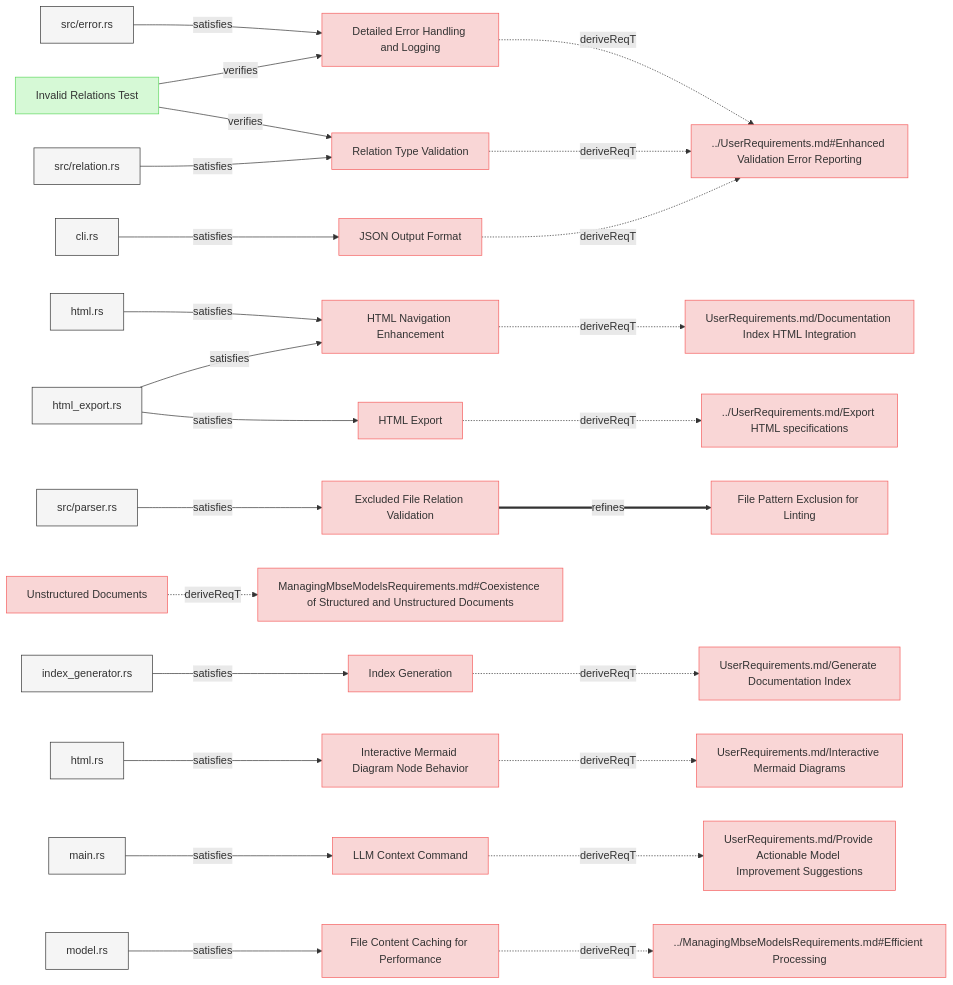
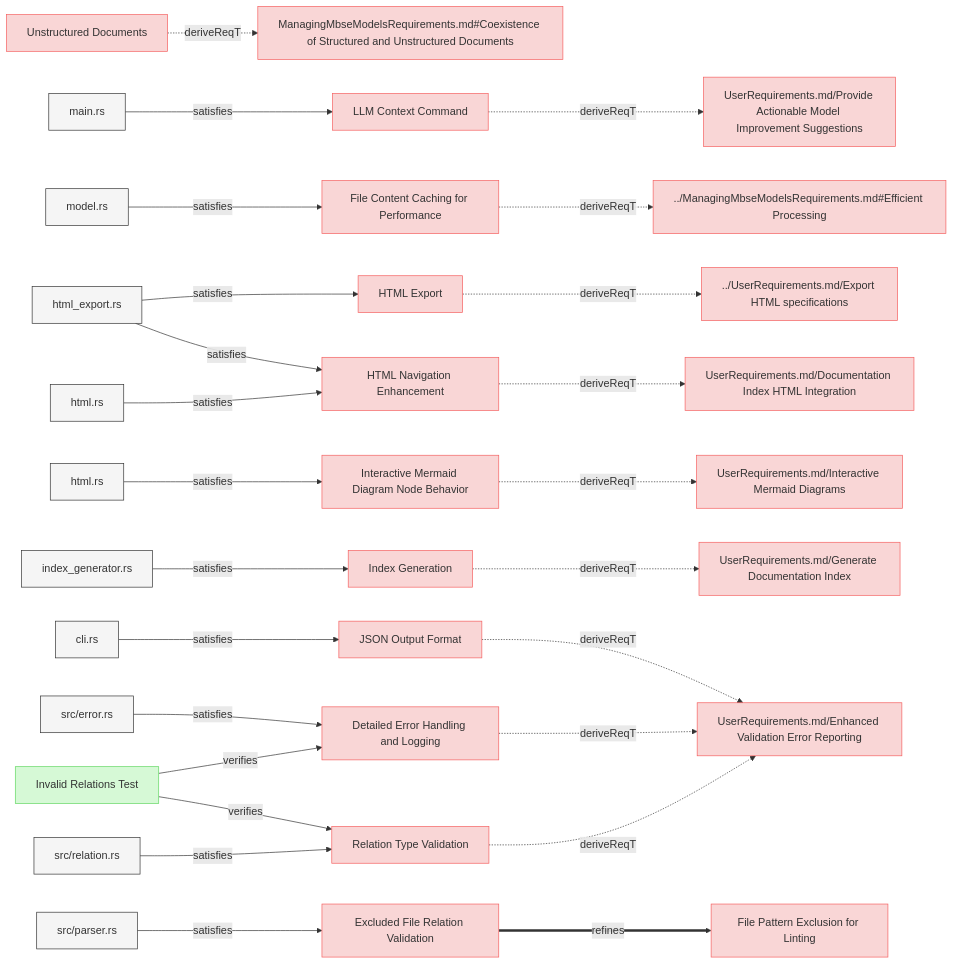
One commit to reqvire-org/reqvire changed the third of 8 diagrams in specifications/SystemRequirements/Requirements.md. Above: the diagram before and after it, drawn with Mermaid. The commit also changed 8 other files, not shown here.

Commit message:
DIagrams Update.

````diff
--- a/specifications/SystemRequirements/Requirements.md
+++ b/specifications/SystemRequirements/Requirements.md
@@ -250,75 +250,6 @@
   classDef externalLink fill:#d0e0ff,stroke:#3080ff,stroke-width:1px;
   classDef default fill:#f5f5f5,stroke:#333333,stroke-width:1px;
 
-  bdfd9d65e4["Detailed Error Handling and Logging"];
-  click bdfd9d65e4 "Requirements.md#detailed-error-handling-and-logging";
-  class bdfd9d65e4 requirement;
-  7cf5cf9900["../UserRequirements.md#Enhanced Validation Error Reporting"];
-  class 7cf5cf9900 requirement;
-  click 7cf5cf9900 "../UserRequirements.md#enhanced-validation-error-reporting";
-  bdfd9d65e4 -.->|deriveReqT| 7cf5cf9900;
-  8cd8a561b4["src/error.rs"];
-  class 8cd8a561b4 default;
-  click 8cd8a561b4 "../../core/src/error.rs";
-  8cd8a561b4 -->|satisfies| bdfd9d65e4;
-  fbf9362574["Invalid Relations Test"];
-  class fbf9362574 verification;
-  click fbf9362574 "../Verifications/ValidationTests.md#invalid-relations-test";
-  fbf9362574 -->|verifies| bdfd9d65e4;
-  86e0701b6c["HTML Navigation Enhancement"];
-  click 86e0701b6c "Requirements.md#html-navigation-enhancement";
-  class 86e0701b6c requirement;
-  e1c89b5d94["UserRequirements.md/Documentation Index HTML Integration"];
-  class e1c89b5d94 requirement;
-  click e1c89b5d94 "../UserRequirements.md#documentation-index-html-integration";
-  86e0701b6c -.->|deriveReqT| e1c89b5d94;
-  c788e5b84f["html.rs"];
-  class c788e5b84f default;
-  click c788e5b84f "../../core/src/html.rs";
-  c788e5b84f -->|satisfies| 86e0701b6c;
-  8cb11d152f["html_export.rs"];
-  class 8cb11d152f default;
-  click 8cb11d152f "../../core/src/html_export.rs";
-  8cb11d152f -->|satisfies| 86e0701b6c;
-  5870488e00["Relation Type Validation"];
-  click 5870488e00 "Requirements.md#relation-type-validation";
-  class 5870488e00 requirement;
-  5870488e00 -.->|deriveReqT| 7cf5cf9900;
-  ed4f94bde9["src/relation.rs"];
-  class ed4f94bde9 default;
-  click ed4f94bde9 "../../core/src/relation.rs";
-  ed4f94bde9 -->|satisfies| 5870488e00;
-  fbf9362574 -->|verifies| 5870488e00;
-  c5c85bedd1["Excluded File Relation Validation"];
-  click c5c85bedd1 "Requirements.md#excluded-file-relation-validation";
-  class c5c85bedd1 requirement;
-  45770e9b31["File Pattern Exclusion for Linting"];
-  class 45770e9b31 requirement;
-  click 45770e9b31 "Requirements.md#file-pattern-exclusion-for-linting";
-  c5c85bedd1 ==>|refines| 45770e9b31;
-  3b1e87396c["src/parser.rs"];
-  class 3b1e87396c default;
-  click 3b1e87396c "../../core/src/parser.rs";
-  3b1e87396c -->|satisfies| c5c85bedd1;
-  5ec6a2668b["JSON Output Format"];
-  click 5ec6a2668b "Requirements.md#json-output-format";
-  class 5ec6a2668b requirement;
-  5ec6a2668b -.->|deriveReqT| 7cf5cf9900;
-  11ffc4632a["cli.rs"];
-  class 11ffc4632a default;
-  click 11ffc4632a "../../cli/src/cli.rs";
-  11ffc4632a -->|satisfies| 5ec6a2668b;
-  8acd24c7c2["Index Generation"];
-  click 8acd24c7c2 "Requirements.md#index-generation";
-  class 8acd24c7c2 requirement;
-  f5b5eaeb28["UserRequirements.md/Generate Documentation Index"];
-  class f5b5eaeb28 requirement;
-  click f5b5eaeb28 "../UserRequirements.md#generate-documentation-index";
-  8acd24c7c2 -.->|deriveReqT| f5b5eaeb28;
-  3ef6afafe2["index_generator.rs"];
-  class 3ef6afafe2 default;
-  click 3ef6afafe2 "../../core/src/index_generator.rs";
-  3ef6afafe2 -->|satisfies| 8acd24c7c2;
   5a1719a264["Unstructured Documents"];
   click 5a1719a264 "Requirements.md#unstructured-documents";
   class 5a1719a264 requirement;
@@ -326,25 +257,6 @@
   class daadd8e583 requirement;
   click daadd8e583 "../ManagingMbseModelsRequirements.md#coexistence-of-structured-and-unstructured-documents";
   5a1719a264 -.->|deriveReqT| daadd8e583;
-  c8b6ccc187["HTML Export"];
-  click c8b6ccc187 "Requirements.md#html-export";
-  class c8b6ccc187 requirement;
-  72c7eda618["../UserRequirements.md/Export HTML specifications"];
-  class 72c7eda618 requirement;
-  click 72c7eda618 "../UserRequirements.md#export-html-specifications";
-  c8b6ccc187 -.->|deriveReqT| 72c7eda618;
-  8cb11d152f -->|satisfies| c8b6ccc187;
-  7a8da8dfee["Interactive Mermaid Diagram Node Behavior"];
-  click 7a8da8dfee "Requirements.md#interactive-mermaid-diagram-node-behavior";
-  class 7a8da8dfee requirement;
-  e867499409["UserRequirements.md/Interactive Mermaid Diagrams"];
-  class e867499409 requirement;
-  click e867499409 "../UserRequirements.md#interactive-mermaid-diagrams";
-  7a8da8dfee -.->|deriveReqT| e867499409;
-  d4240e2969["html.rs"];
-  class d4240e2969 default;
-  click d4240e2969 "../../core/src/diagrams.rs";
-  d4240e2969 -->|satisfies| 7a8da8dfee;
   8ba9c7e059["LLM Context Command"];
   click 8ba9c7e059 "Requirements.md#llm-context-command";
   class 8ba9c7e059 requirement;
@@ -367,4 +279,92 @@
   class 6136c216c9 default;
   click 6136c216c9 "../../core/src/model.rs";
   6136c216c9 -->|satisfies| 98bd2bd6bd;
+  c8b6ccc187["HTML Export"];
+  click c8b6ccc187 "Requirements.md#html-export";
+  class c8b6ccc187 requirement;
+  72c7eda618["../UserRequirements.md/Export HTML specifications"];
+  class 72c7eda618 requirement;
+  click 72c7eda618 "../UserRequirements.md#export-html-specifications";
+  c8b6ccc187 -.->|deriveReqT| 72c7eda618;
+  8cb11d152f["html_export.rs"];
+  class 8cb11d152f default;
+  click 8cb11d152f "../../core/src/html_export.rs";
+  8cb11d152f -->|satisfies| c8b6ccc187;
+  7a8da8dfee["Interactive Mermaid Diagram Node Behavior"];
+  click 7a8da8dfee "Requirements.md#interactive-mermaid-diagram-node-behavior";
+  class 7a8da8dfee requirement;
+  e867499409["UserRequirements.md/Interactive Mermaid Diagrams"];
+  class e867499409 requirement;
+  click e867499409 "../UserRequirements.md#interactive-mermaid-diagrams";
+  7a8da8dfee -.->|deriveReqT| e867499409;
+  d4240e2969["html.rs"];
+  class d4240e2969 default;
+  click d4240e2969 "../../core/src/diagrams.rs";
+  d4240e2969 -->|satisfies| 7a8da8dfee;
+  8acd24c7c2["Index Generation"];
+  click 8acd24c7c2 "Requirements.md#index-generation";
+  class 8acd24c7c2 requirement;
+  f5b5eaeb28["UserRequirements.md/Generate Documentation Index"];
+  class f5b5eaeb28 requirement;
+  click f5b5eaeb28 "../UserRequirements.md#generate-documentation-index";
+  8acd24c7c2 -.->|deriveReqT| f5b5eaeb28;
+  3ef6afafe2["index_generator.rs"];
+  class 3ef6afafe2 default;
+  click 3ef6afafe2 "../../core/src/index_generator.rs";
+  3ef6afafe2 -->|satisfies| 8acd24c7c2;
+  5ec6a2668b["JSON Output Format"];
+  click 5ec6a2668b "Requirements.md#json-output-format";
+  class 5ec6a2668b requirement;
+  7cf5cf9900["UserRequirements.md/Enhanced Validation Error Reporting"];
+  class 7cf5cf9900 requirement;
+  click 7cf5cf9900 "../UserRequirements.md#enhanced-validation-error-reporting";
+  5ec6a2668b -.->|deriveReqT| 7cf5cf9900;
+  11ffc4632a["cli.rs"];
+  class 11ffc4632a default;
+  click 11ffc4632a "../../cli/src/cli.rs";
+  11ffc4632a -->|satisfies| 5ec6a2668b;
+  c5c85bedd1["Excluded File Relation Validation"];
+  click c5c85bedd1 "Requirements.md#excluded-file-relation-validation";
+  class c5c85bedd1 requirement;
+  45770e9b31["File Pattern Exclusion for Linting"];
+  class 45770e9b31 requirement;
+  click 45770e9b31 "Requirements.md#file-pattern-exclusion-for-linting";
+  c5c85bedd1 ==>|refines| 45770e9b31;
+  3b1e87396c["src/parser.rs"];
+  class 3b1e87396c default;
+  click 3b1e87396c "../../core/src/parser.rs";
+  3b1e87396c -->|satisfies| c5c85bedd1;
+  bdfd9d65e4["Detailed Error Handling and Logging"];
+  click bdfd9d65e4 "Requirements.md#detailed-error-handling-and-logging";
+  class bdfd9d65e4 requirement;
+  bdfd9d65e4 -.->|deriveReqT| 7cf5cf9900;
+  8cd8a561b4["src/error.rs"];
+  class 8cd8a561b4 default;
+  click 8cd8a561b4 "../../core/src/error.rs";
+  8cd8a561b4 -->|satisfies| bdfd9d65e4;
+  fbf9362574["Invalid Relations Test"];
+  class fbf9362574 verification;
+  click fbf9362574 "../Verifications/ValidationTests.md#invalid-relations-test";
+  fbf9362574 -->|verifies| bdfd9d65e4;
+  86e0701b6c["HTML Navigation Enhancement"];
+  click 86e0701b6c "Requirements.md#html-navigation-enhancement";
+  class 86e0701b6c requirement;
+  e1c89b5d94["UserRequirements.md/Documentation Index HTML Integration"];
+  class e1c89b5d94 requirement;
+  click e1c89b5d94 "../UserRequirements.md#documentation-index-html-integration";
+  86e0701b6c -.->|deriveReqT| e1c89b5d94;
+  c788e5b84f["html.rs"];
+  class c788e5b84f default;
+  click c788e5b84f "../../core/src/html.rs";
+  c788e5b84f -->|satisfies| 86e0701b6c;
+  8cb11d152f -->|satisfies| 86e0701b6c;
+  5870488e00["Relation Type Validation"];
+  click 5870488e00 "Requirements.md#relation-type-validation";
+  class 5870488e00 requirement;
+  5870488e00 -.->|deriveReqT| 7cf5cf9900;
+  ed4f94bde9["src/relation.rs"];
+  class ed4f94bde9 default;
+  click ed4f94bde9 "../../core/src/relation.rs";
+  ed4f94bde9 -->|satisfies| 5870488e00;
+  fbf9362574 -->|verifies| 5870488e00;
 ```
````
